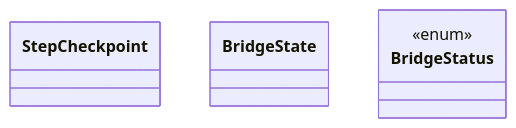
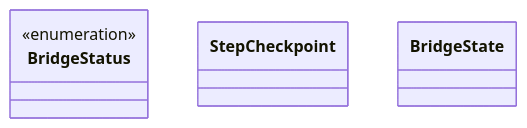
One commit to lgcorzo/rust_CACD_autonomous_factory changed the first of 2 diagrams in wiki/crates_factory-application_src_bridge_state.md. Above: the diagram before and after it, drawn with Mermaid. The commit also changed other lines of this file and 58 other files, not shown here.

````diff
--- a/wiki/crates_factory-application_src_bridge_state.md
+++ b/wiki/crates_factory-application_src_bridge_state.md
@@ -16,8 +16,8 @@
 ```mermaid
 classDiagram
+    class BridgeStatus {
+        <<enumeration>>
+    }
     class StepCheckpoint
     class BridgeState
-    class BridgeStatus {
-        <<enum>>
-    }
 ```
````
